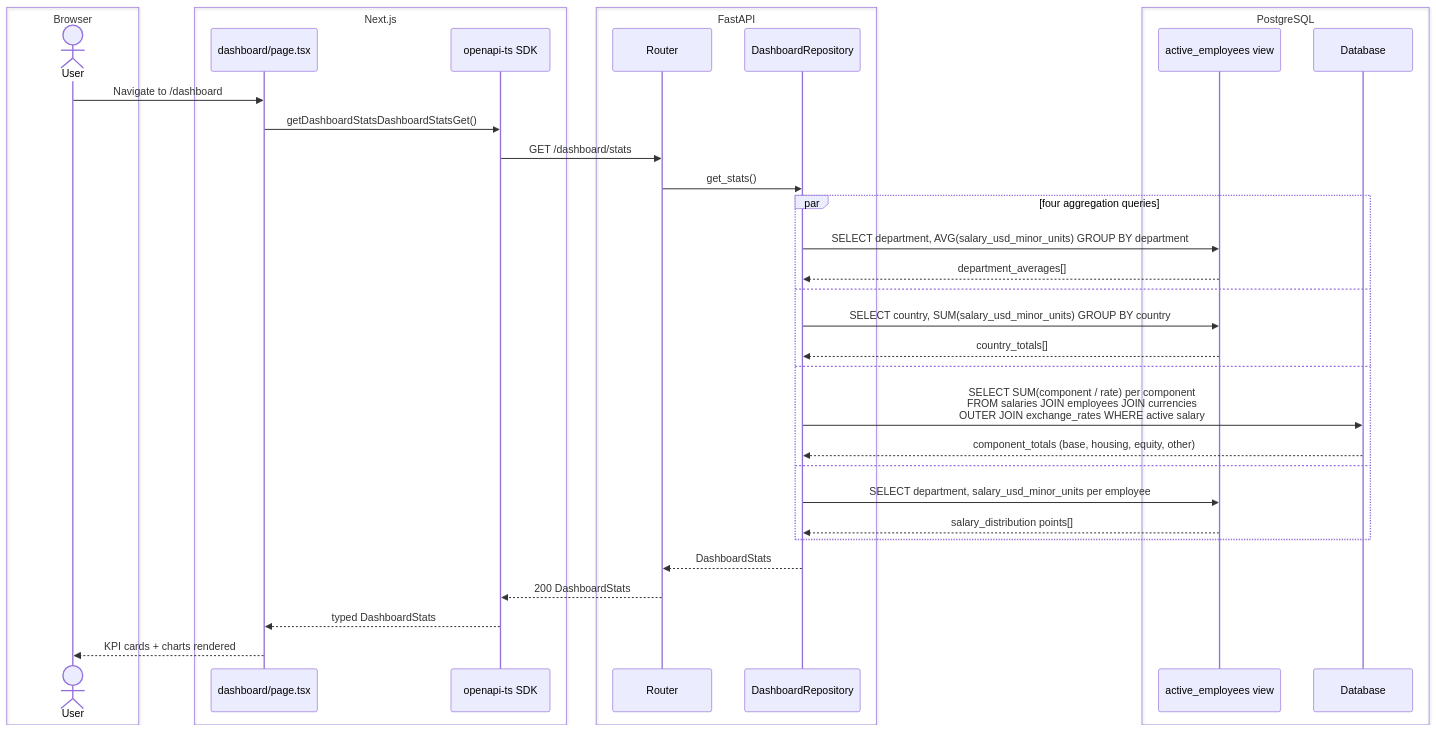
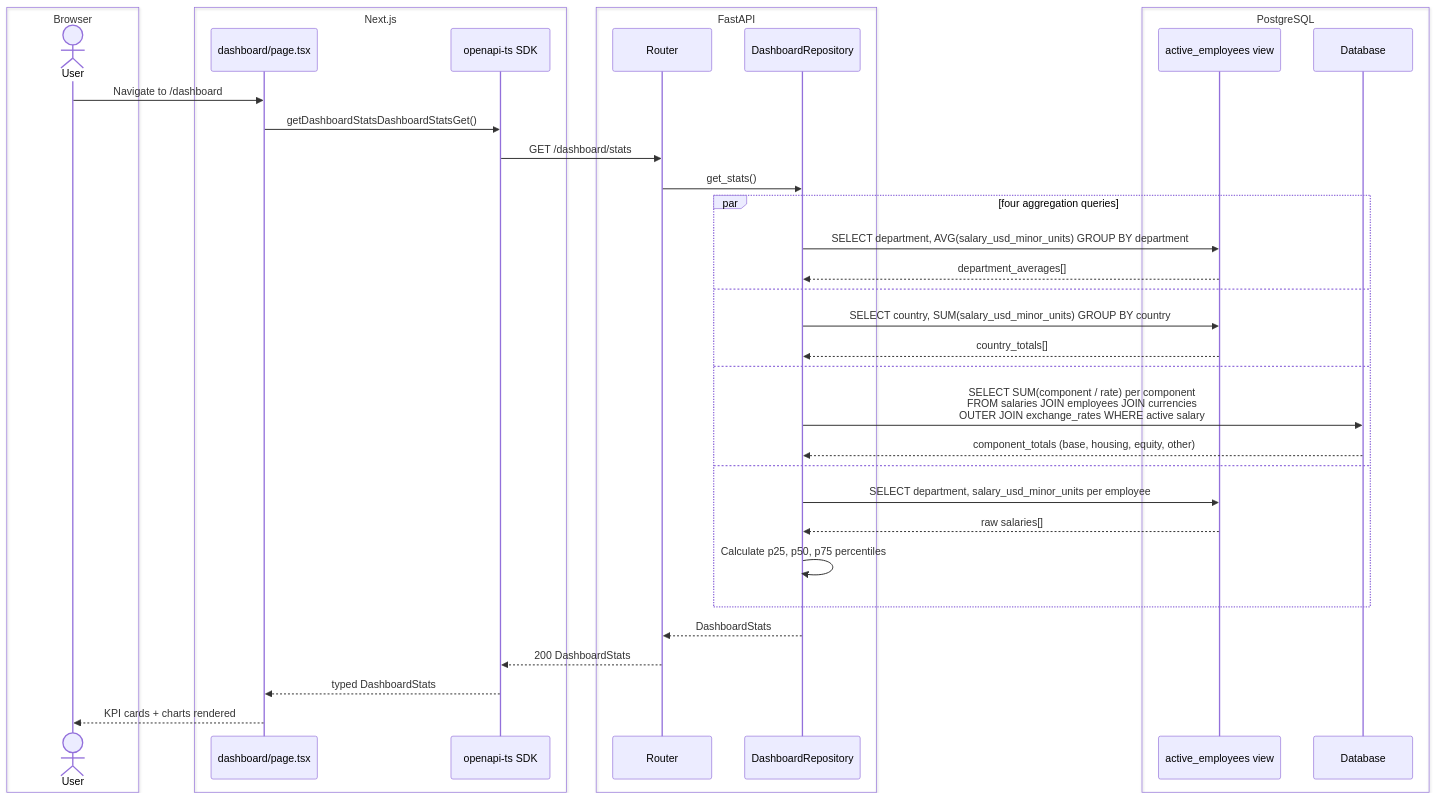
The sixth of 9 diagrams in docs/architecture.md (utsabbera/acme-salary-management), drawn with Mermaid before and after one commit. The commit also changed 8 other files, not shown here.

First line of the commit message:
perf(dashboard): push salary percentiles aggregation to backend

````diff
--- a/docs/architecture.md
+++ b/docs/architecture.md
@@ -291,43 +291,44 @@
 ```mermaid
 sequenceDiagram
     box Browser
         actor User
     end
     box Next.js
         participant RSC as dashboard/page.tsx
         participant SDK as openapi-ts SDK
     end
     box FastAPI
         participant API as Router
         participant DashRepo as DashboardRepository
     end
     box PostgreSQL
         participant View as active_employees view
         participant DB as Database
     end
 
     User->>RSC: Navigate to /dashboard
     RSC->>SDK: getDashboardStatsDashboardStatsGet()
     SDK->>API: GET /dashboard/stats
 
     API->>DashRepo: get_stats()
 
     par four aggregation queries
         DashRepo->>View: SELECT department, AVG(salary_usd_minor_units) GROUP BY department
         View-->>DashRepo: department_averages[]
     and
         DashRepo->>View: SELECT country, SUM(salary_usd_minor_units) GROUP BY country
         View-->>DashRepo: country_totals[]
     and
         DashRepo->>DB: SELECT SUM(component / rate) per component<br/>FROM salaries JOIN employees JOIN currencies<br/>OUTER JOIN exchange_rates WHERE active salary
         DB-->>DashRepo: component_totals (base, housing, equity, other)
     and
         DashRepo->>View: SELECT department, salary_usd_minor_units per employee
-        View-->>DashRepo: salary_distribution points[]
+        View-->>DashRepo: raw salaries[]
+        DashRepo->>DashRepo: Calculate p25, p50, p75 percentiles
     end
 
     DashRepo-->>API: DashboardStats
     API-->>SDK: 200 DashboardStats
     SDK-->>RSC: typed DashboardStats
     RSC-->>User: KPI cards + charts rendered
 ```
````
